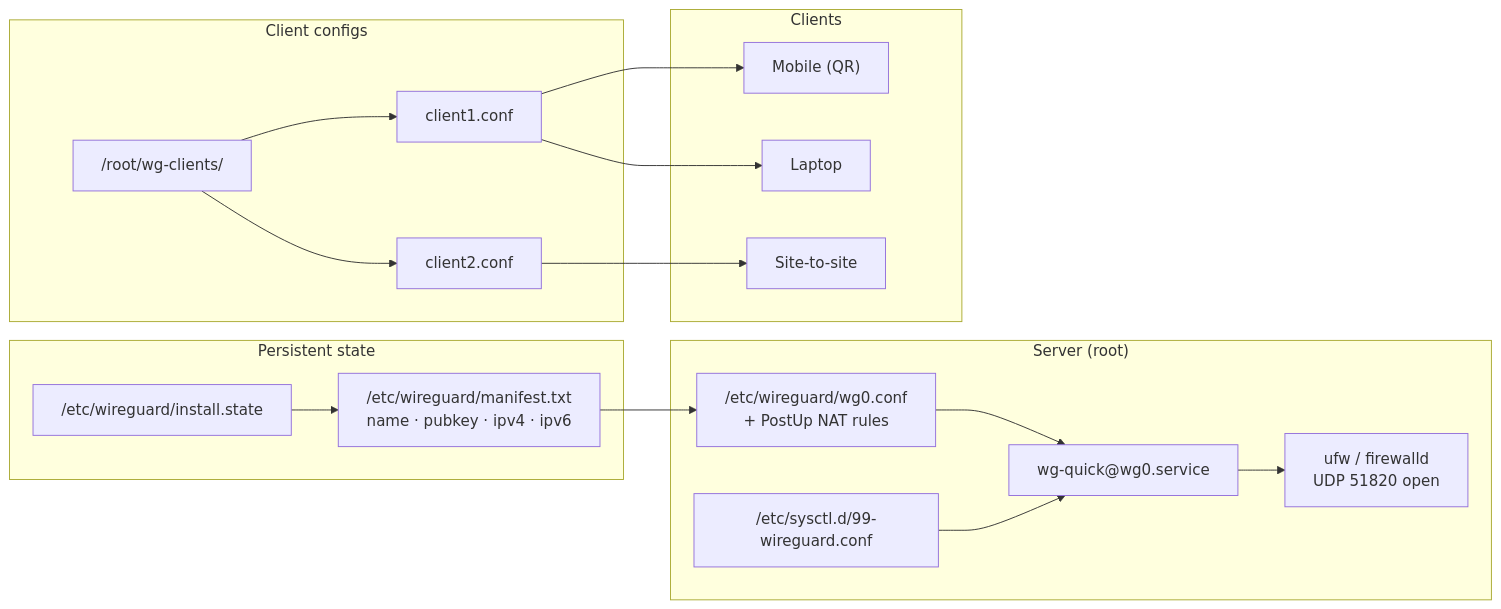
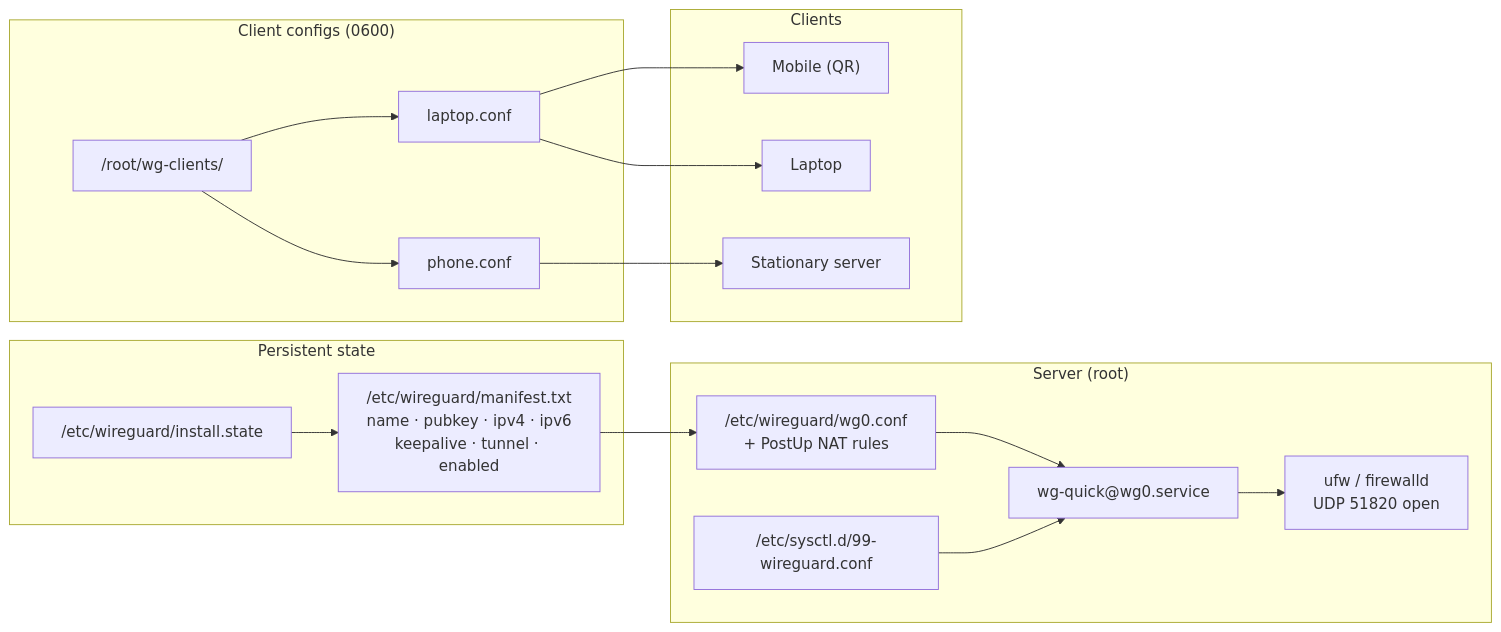
Before and after one commit to DoTMob/SLICEisGuard: the first of 2 diagrams in README.md, drawn with Mermaid. The commit also changed other lines of this file, not shown here.

````diff
--- a/README.md
+++ b/README.md
@@ -109,31 +161,31 @@
 ```mermaid
 flowchart LR
     subgraph Host["Server (root)"]
         CFG["/etc/wireguard/wg0.conf<br/>+ PostUp NAT rules"]
         SVC["wg-quick@wg0.service"]
         SYS["/etc/sysctl.d/99-wireguard.conf"]
         FW["ufw / firewalld<br/>UDP 51820 open"]
     end
     subgraph State["Persistent state"]
-        MAN["/etc/wireguard/manifest.txt<br/>name · pubkey · ipv4 · ipv6"]
+        MAN["/etc/wireguard/manifest.txt<br/>name · pubkey · ipv4 · ipv6<br/>keepalive · tunnel · enabled"]
         INST["/etc/wireguard/install.state"]
     end
-    subgraph Clients["Client configs"]
+    subgraph Clients["Client configs (0600)"]
         DIR["/root/wg-clients/"]
-        ONE["client1.conf"]
-        TWO["client2.conf"]
+        ONE["laptop.conf"]
+        TWO["phone.conf"]
     end
     subgraph Remote["Clients"]
         MOB["Mobile (QR)"]
         LAP["Laptop"]
-        SIT["Site-to-site"]
+        SRV["Stationary server"]
     end
     CFG --> SVC
     SVC --> FW
     SYS --> SVC
     MAN --> CFG
     INST --> MAN
     DIR --> ONE & TWO
     ONE --> MOB & LAP
-    TWO --> SIT
+    TWO --> SRV
 ```
````
